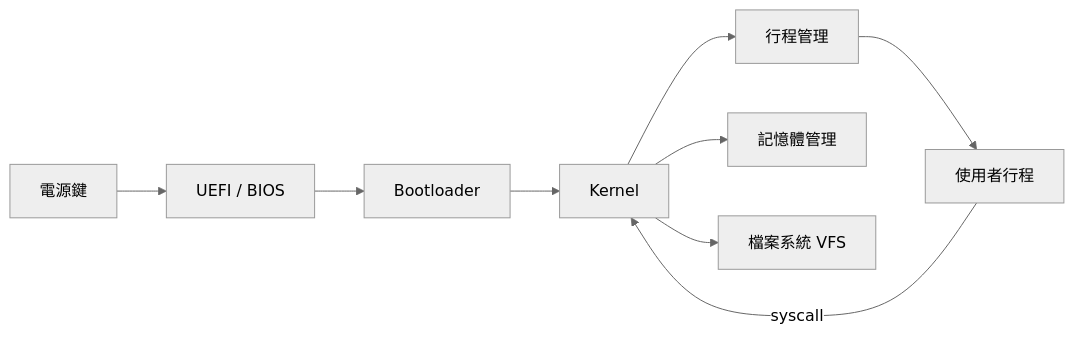
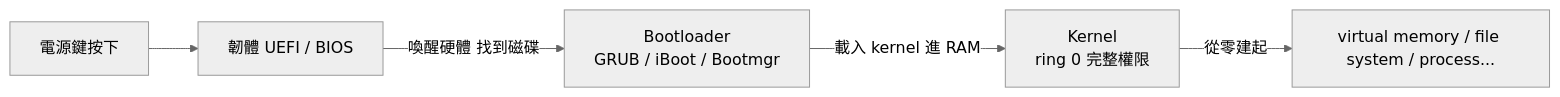
The diagram in src/content/posts/tech/2026-05-14-every-operating-system-concept-in-one-video.md (a920604a/engineernews), drawn with Mermaid (neutral theme) before and after one commit. The commit also changed other lines of this file and 468 other files, not shown here.

````diff
--- a/src/content/posts/tech/2026-05-14-every-operating-system-concept-in-one-video.md
+++ b/src/content/posts/tech/2026-05-14-every-operating-system-concept-in-one-video.md
@@ -149,11 +42,7 @@
 ```mermaid
 graph LR
-    A[電源鍵] --> B[UEFI / BIOS]
-    B --> C[Bootloader]
-    C --> D[Kernel]
-    D --> E[行程管理]
-    D --> F[記憶體管理]
-    D --> G[檔案系統 VFS]
-    E --> H[使用者行程]
-    H -->|syscall| D
+    A[電源鍵按下] --> B[韌體 UEFI / BIOS]
+    B -->|喚醒硬體 找到磁碟| C[Bootloader<br/>GRUB / iBoot / Bootmgr]
+    C -->|載入 kernel 進 RAM| D[Kernel<br/>ring 0 完整權限]
+    D -->|從零建起| E[virtual memory / file system / process...]
 ```
````
